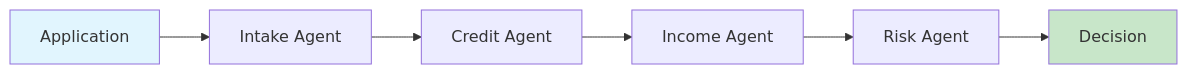
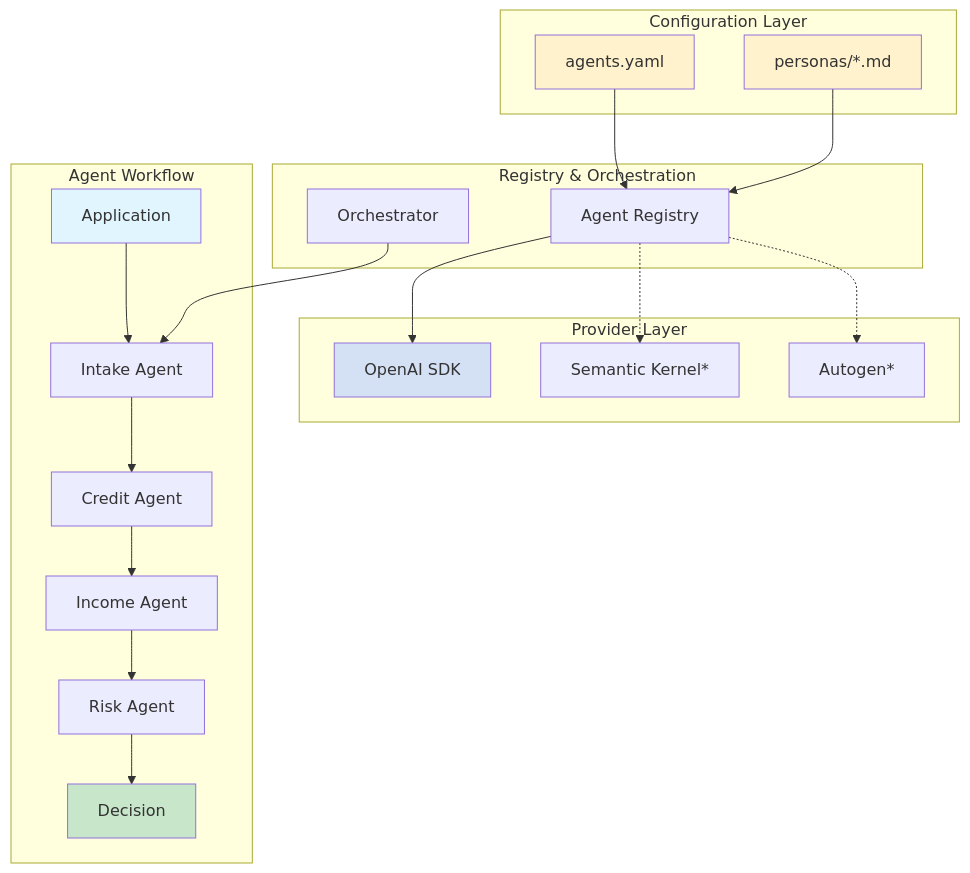
Before and after one commit to niksacdev/multi-agent-system: the diagram in README.md, drawn with Mermaid. The commit also changed other lines of this file and 89 other files, not shown here.

First line of the commit message:
feat: Complete Console App Optimization and Architecture Cleanup (#14)

````diff
--- a/README.md
+++ b/README.md
@@ -95,11 +206,39 @@
 ```mermaid
-graph LR
-    A[Application] --> B[Intake Agent]
-    B --> C[Credit Agent]
-    C --> D[Income Agent]
-    D --> E[Risk Agent]
-    E --> F[Decision]
+graph TB
+    subgraph "Configuration Layer"
+        Y[agents.yaml]
+        P[personas/*.md]
+    end
     
+    subgraph "Registry & Orchestration"
+        R[Agent Registry]
+        O[Orchestrator]
+    end
+    
+    subgraph "Provider Layer"
+        SDK[OpenAI SDK]
+        SK[Semantic Kernel*]
+        AG[Autogen*]
+    end
+    
+    subgraph "Agent Workflow"
+        A[Application] --> B[Intake Agent]
+        B --> C[Credit Agent]
+        C --> D[Income Agent]
+        D --> E[Risk Agent]
+        E --> F[Decision]
+    end
+    
+    Y --> R
+    P --> R
+    R --> SDK
+    R -.-> SK
+    R -.-> AG
+    O --> B
+    
+    style Y fill:#fff2cc
+    style P fill:#fff2cc
+    style SDK fill:#d4e1f5
     style A fill:#e1f5fe
     style F fill:#c8e6c9
 ```
````
